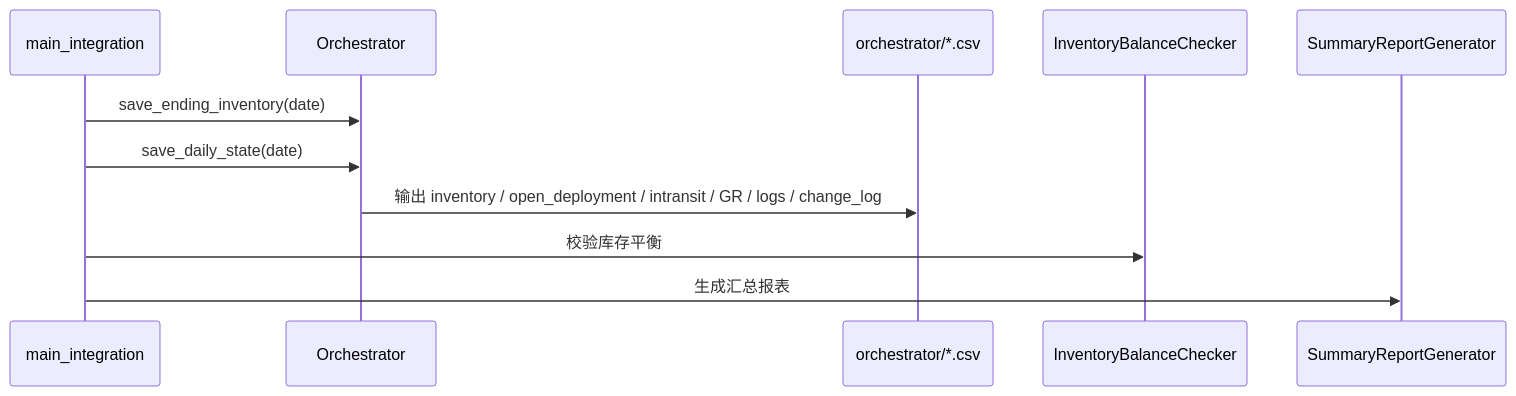
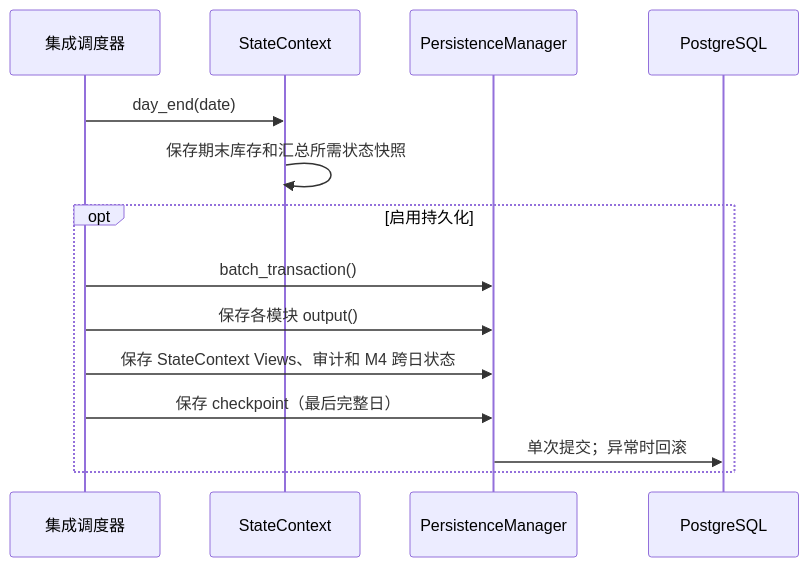
Before and after one commit to senzhang-ps/chainsight: the ninth of 9 diagrams in docs/architecture/module_sequence_diagrams.md, drawn with Mermaid. The commit also changed other lines of this file and 14 other files, not shown here.

````diff
--- a/docs/architecture/module_sequence_diagrams.md
+++ b/docs/architecture/module_sequence_diagrams.md
@@ -340,14 +264,17 @@
 ```mermaid
 sequenceDiagram
-    participant MAIN as main_integration
-    participant ORC as Orchestrator
-    participant CSV as orchestrator/*.csv
-    participant BAL as InventoryBalanceChecker
-    participant SUM as SummaryReportGenerator
+    participant I as 集成调度器
+    participant S as StateContext
+    participant P as PersistenceManager
+    participant DB as PostgreSQL
 
-    MAIN->>ORC: save_ending_inventory(date)
-    MAIN->>ORC: save_daily_state(date)
-    ORC->>CSV: 输出 inventory / open_deployment / intransit / GR / logs / change_log
-    MAIN->>BAL: 校验库存平衡
-    MAIN->>SUM: 生成汇总报表
+    I->>S: day_end(date)
+    S->>S: 保存期末库存和汇总所需状态快照
+    opt 启用持久化
+        I->>P: batch_transaction()
+        I->>P: 保存各模块 output()
+        I->>P: 保存 StateContext Views、审计和 M4 跨日状态
+        I->>P: 保存 checkpoint（最后完整日）
+        P->>DB: 单次提交；异常时回滚
+    end
 ```
````
